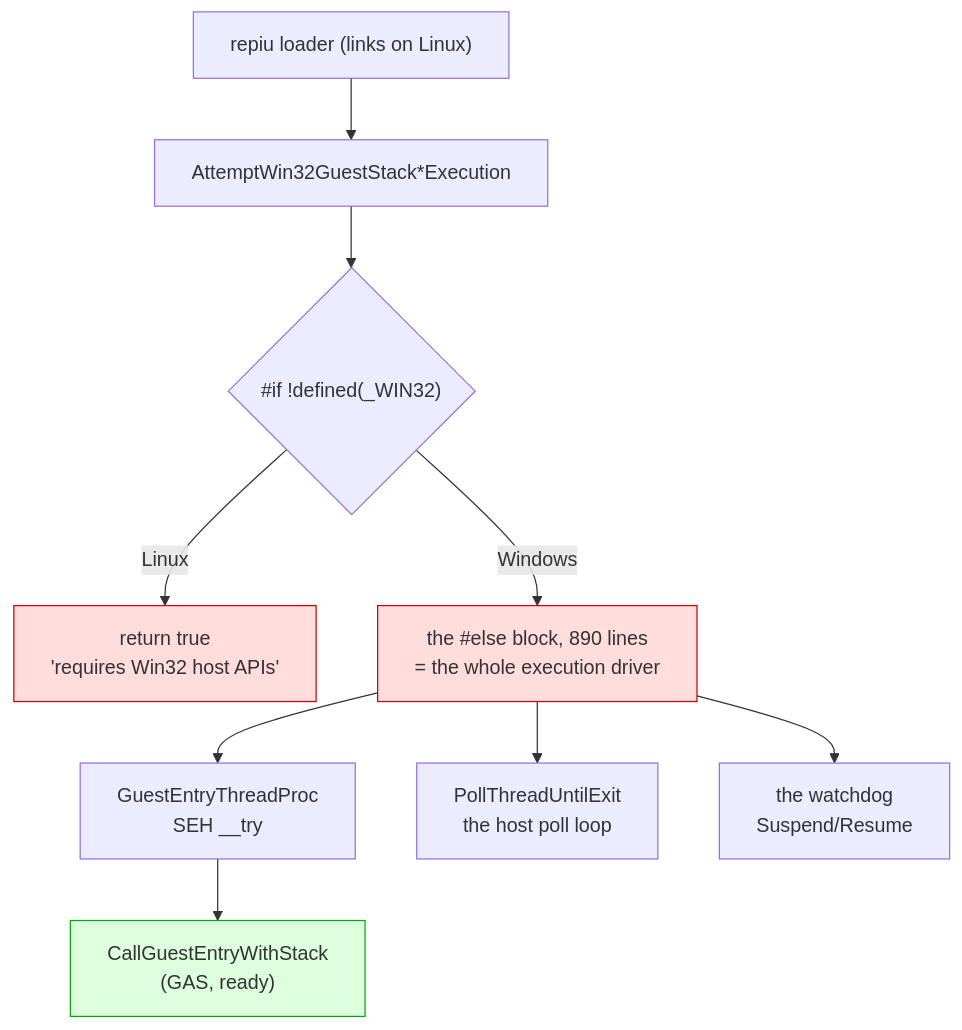
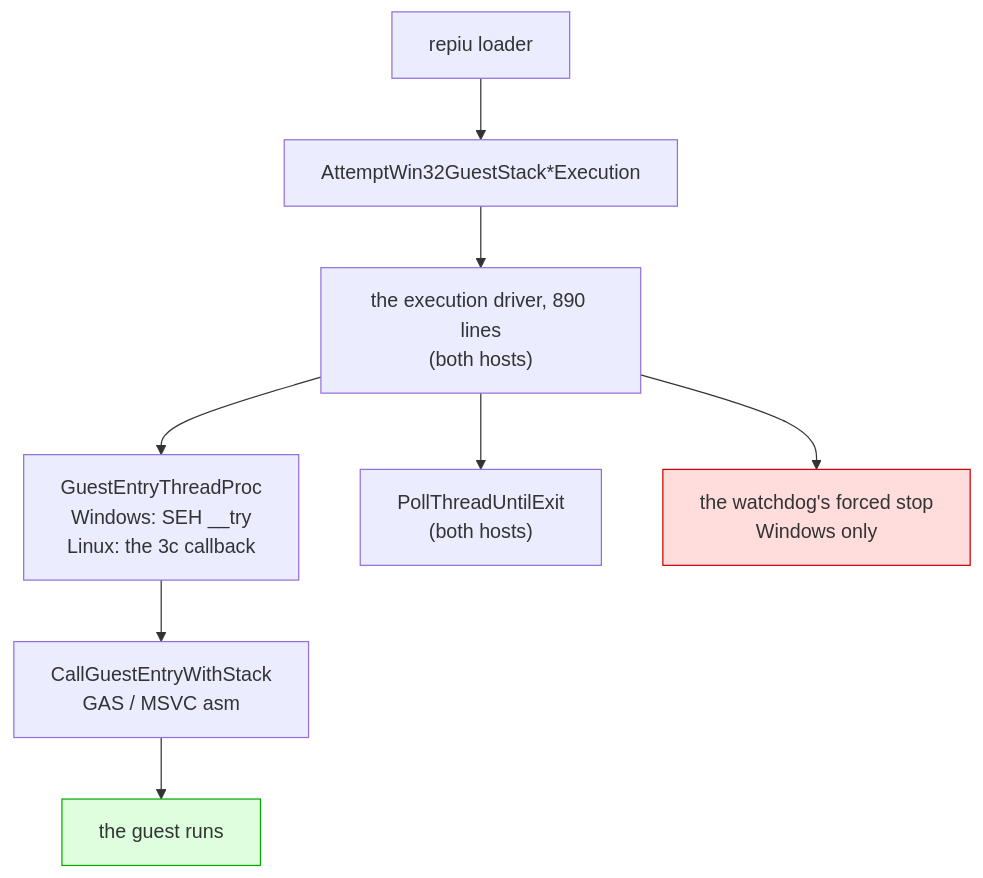
Before and after one commit to nworkers/rePIU: the second of 2 diagrams in docs/analysis/linux-port-frontier.md, drawn with Mermaid. The commit also changed other lines of this file and 13 other files, not shown here.

````diff
--- a/docs/analysis/linux-port-frontier.md
+++ b/docs/analysis/linux-port-frontier.md
@@ -167,14 +200,12 @@
 ```mermaid
 flowchart TD
-    A["repiu loader (links on Linux)"] --> B["AttemptWin32GuestStack*Execution"]
-    B --> C{"#if !defined(_WIN32)"}
-    C -->|Linux| D["return true<br/>'requires Win32 host APIs'"]
-    C -->|Windows| E["the #else block, 890 lines<br/>= the whole execution driver"]
-    E --> F["GuestEntryThreadProc<br/>SEH __try"]
-    E --> G["PollThreadUntilExit<br/>the host poll loop"]
-    E --> H["the watchdog<br/>Suspend/Resume"]
-    F --> I["CallGuestEntryWithStack<br/>(GAS, ready)"]
-    style D fill:#fdd,stroke:#c00
-    style E fill:#fdd,stroke:#c00
-    style I fill:#dfd,stroke:#0a0
+    A["repiu loader"] --> B["AttemptWin32GuestStack*Execution"]
+    B --> C["the execution driver, 890 lines<br/>(both hosts)"]
+    C --> D["GuestEntryThreadProc<br/>Windows: SEH __try<br/>Linux: the 3c callback"]
+    C --> E["PollThreadUntilExit<br/>(both hosts)"]
+    C --> F["the watchdog's forced stop<br/>Windows only"]
+    D --> G["CallGuestEntryWithStack<br/>GAS / MSVC asm"]
+    G --> H["the guest runs"]
+    style H fill:#dfd,stroke:#0a0
+    style F fill:#fdd,stroke:#c00
 ```
````
